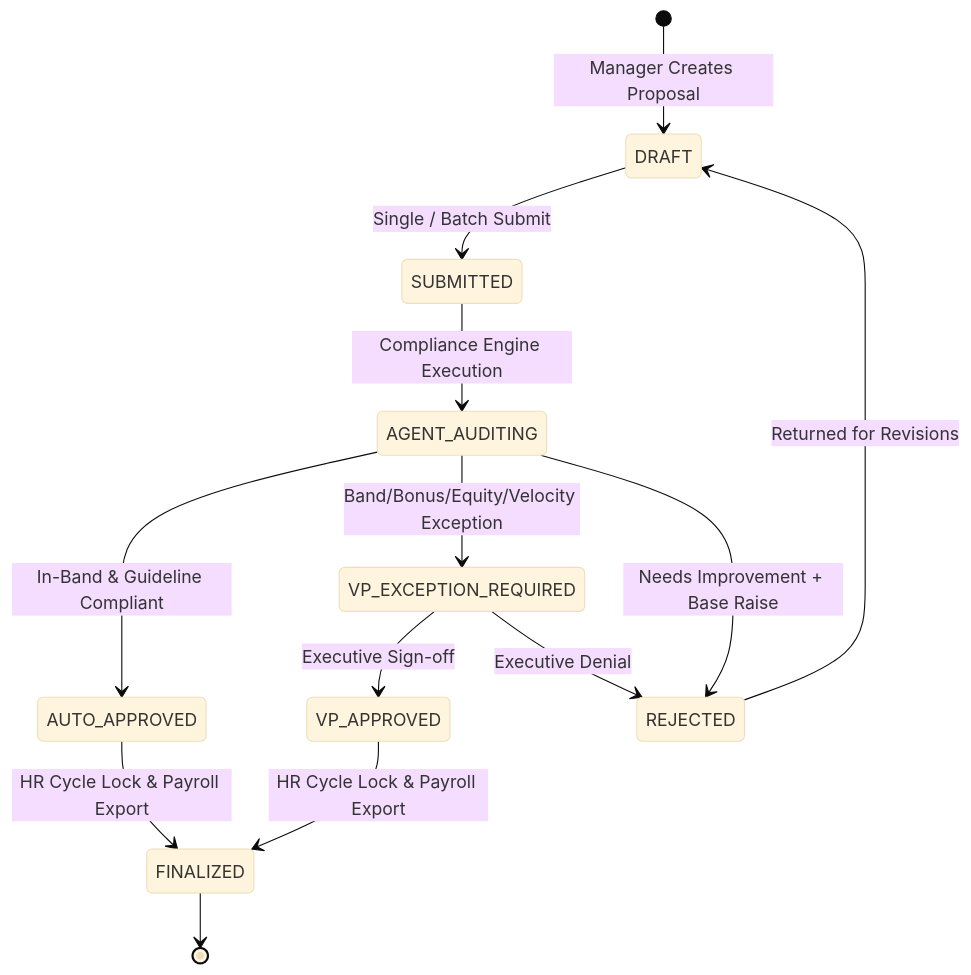
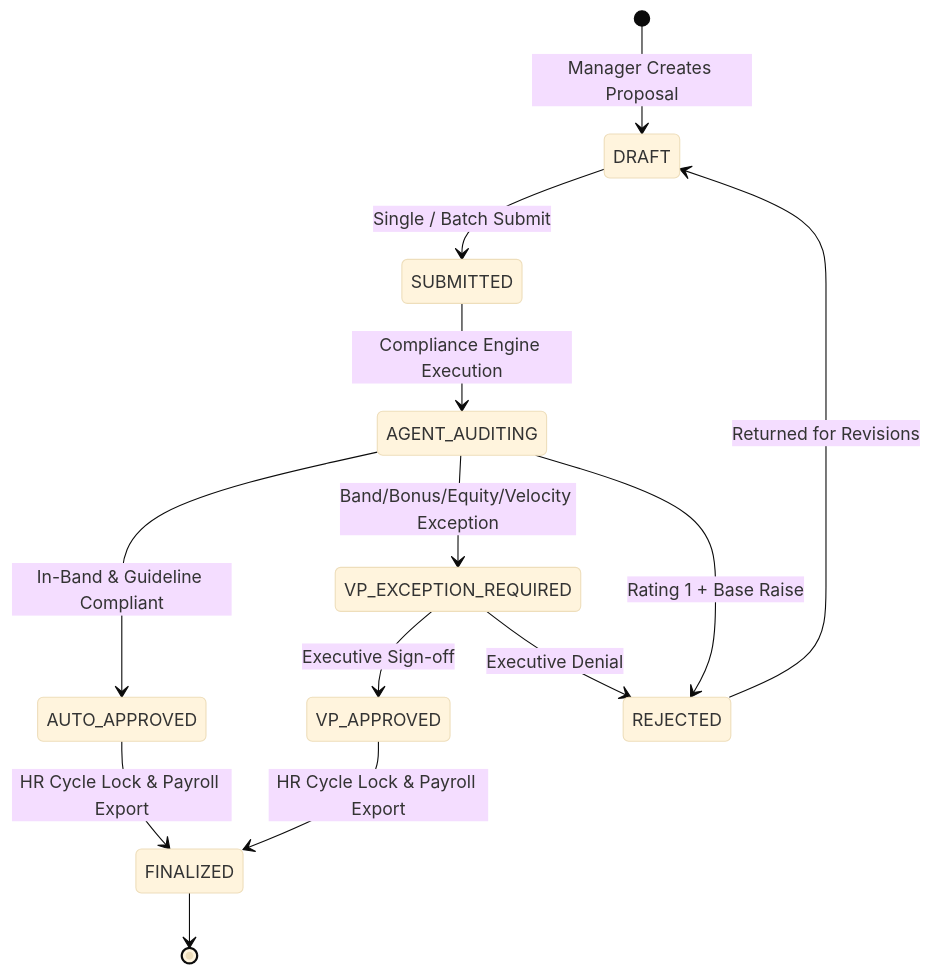
Before and after one commit to pedrogriff/comp-flow-platform: the third of 4 diagrams in docs/design_doc.md, drawn with Mermaid (base theme). The commit also changed other lines of this file and 15 other files, not shown here.

````diff
--- a/docs/design_doc.md
+++ b/docs/design_doc.md
@@ -201,15 +201,15 @@
 ```mermaid
 stateDiagram-v2
     [*] --> DRAFT: Manager Creates Proposal
     DRAFT --> SUBMITTED: Single / Batch Submit
     SUBMITTED --> AGENT_AUDITING: Compliance Engine Execution
     AGENT_AUDITING --> AUTO_APPROVED: In-Band & Guideline Compliant
     AGENT_AUDITING --> VP_EXCEPTION_REQUIRED: Band/Bonus/Equity/Velocity Exception
-    AGENT_AUDITING --> REJECTED: Needs Improvement + Base Raise
+    AGENT_AUDITING --> REJECTED: Rating 1 + Base Raise
     VP_EXCEPTION_REQUIRED --> VP_APPROVED: Executive Sign-off
     VP_EXCEPTION_REQUIRED --> REJECTED: Executive Denial
     AUTO_APPROVED --> FINALIZED: HR Cycle Lock & Payroll Export
     VP_APPROVED --> FINALIZED: HR Cycle Lock & Payroll Export
     REJECTED --> DRAFT: Returned for Revisions
     FINALIZED --> [*]
 ```
````
